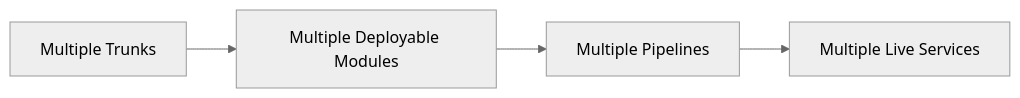
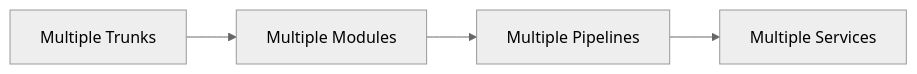
One commit to ready-to-release/eac changed the third of 3 diagrams in docs/explanation/continuous-delivery/core-concepts/unit-of-flow.md. Above: the diagram before and after it, drawn with Mermaid (neutral theme). The commit also changed other lines of this file and 151 other files, not shown here.

````diff
--- a/docs/explanation/continuous-delivery/core-concepts/unit-of-flow.md
+++ b/docs/explanation/continuous-delivery/core-concepts/unit-of-flow.md
@@ -315,12 +118,6 @@
 ```mermaid
 flowchart LR
-    TR[Multiple Trunks]
-    DU[Multiple Deployable Modules]
-    PP[Multiple Pipelines]
-    LS[Multiple Live Services]
-
-    TR --> DU
-    DU --> PP
-    PP --> LS
-
+    TR[Multiple Trunks] --> DU[Multiple Modules]
+    DU --> PP[Multiple Pipelines]
+    PP --> LS[Multiple Services]
 ```
````
